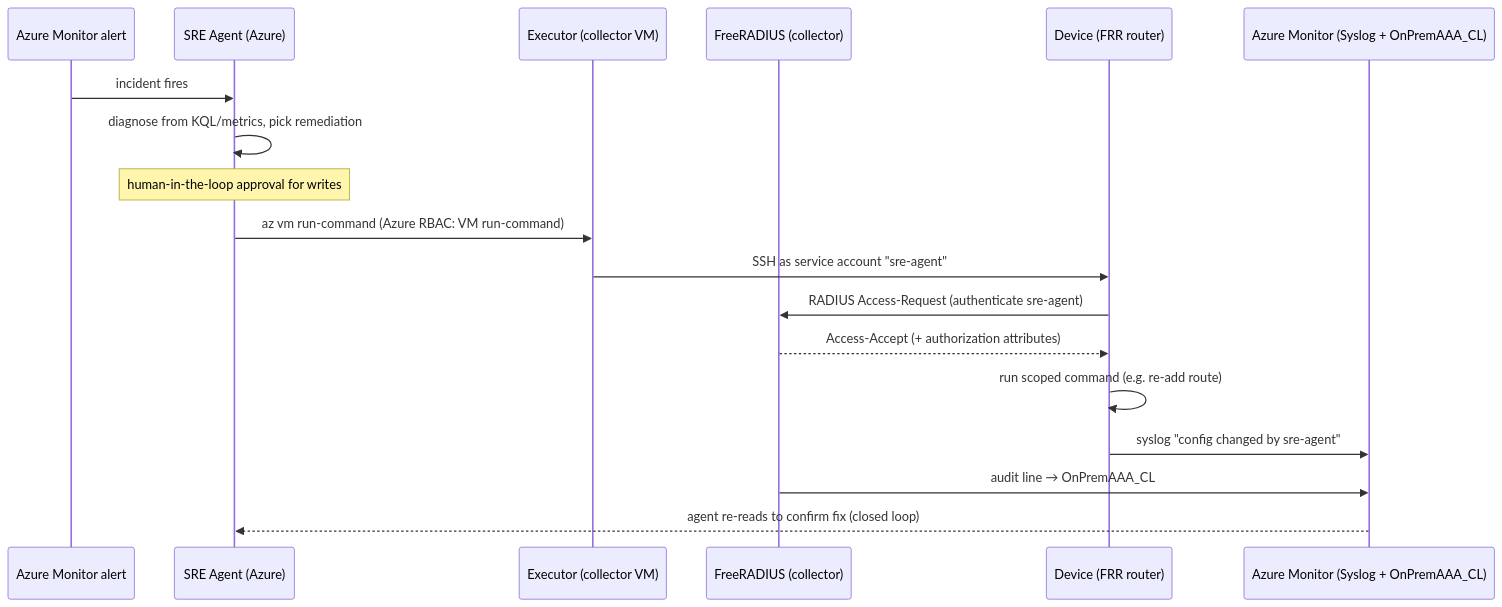
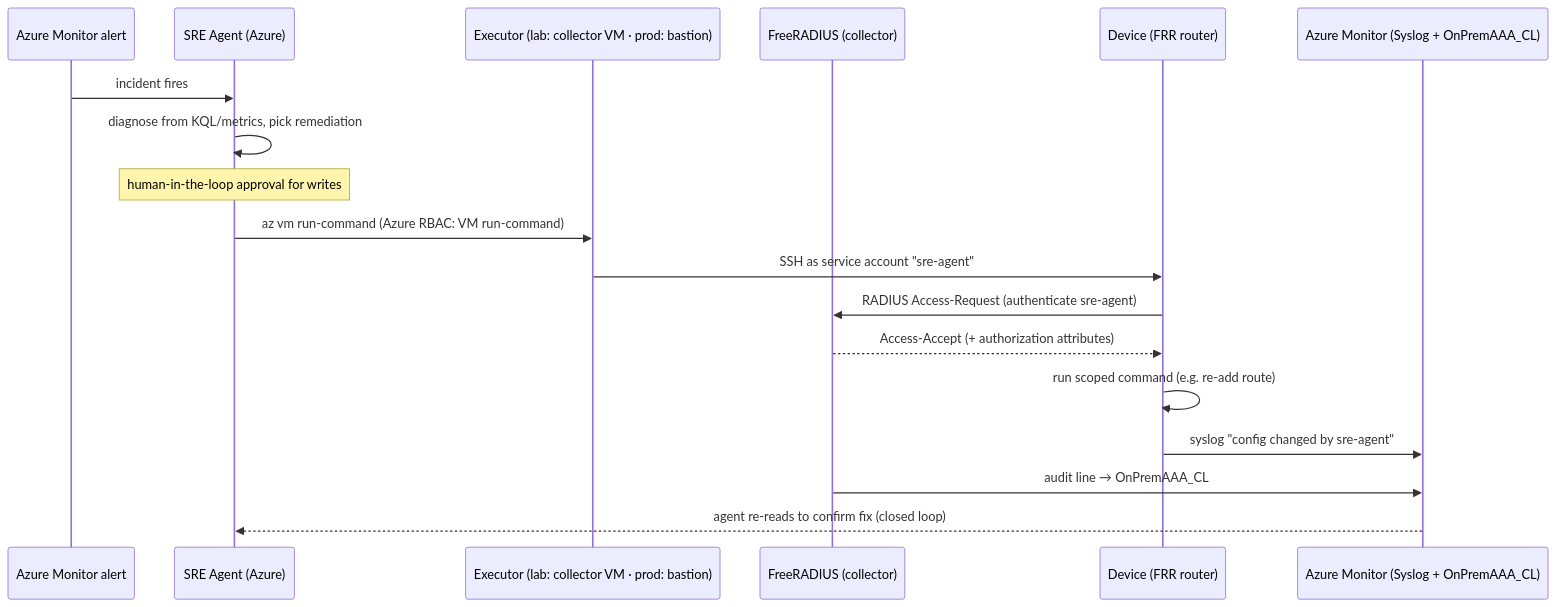
Before and after one commit to erjosito/networking-sre-agent: the eighth of 9 diagrams in docs/onprem-telemetry-pipelines-how-it-works.md, drawn with Mermaid. The commit also changed other lines of this file, not shown here.

First line of the commit message:
Clarify 'executor' and separate lab vs production in actuation (section 8)

````diff
--- a/docs/onprem-telemetry-pipelines-how-it-works.md
+++ b/docs/onprem-telemetry-pipelines-how-it-works.md
@@ -622,21 +654,21 @@
 ```mermaid
 sequenceDiagram
     participant AL as Azure Monitor alert
     participant AG as SRE Agent (Azure)
-    participant EX as Executor (collector VM)
+    participant EX as Executor (lab: collector VM · prod: bastion)
     participant FR as FreeRADIUS (collector)
     participant DEV as Device (FRR router)
     participant OBS as Azure Monitor (Syslog + OnPremAAA_CL)
 
     AL->>AG: incident fires
     AG->>AG: diagnose from KQL/metrics, pick remediation
     Note over AG: human-in-the-loop approval for writes
     AG->>EX: az vm run-command (Azure RBAC: VM run-command)
     EX->>DEV: SSH as service account "sre-agent"
     DEV->>FR: RADIUS Access-Request (authenticate sre-agent)
     FR-->>DEV: Access-Accept (+ authorization attributes)
     DEV->>DEV: run scoped command (e.g. re-add route)
     DEV->>OBS: syslog "config changed by sre-agent"
     FR->>OBS: audit line → OnPremAAA_CL
     OBS-->>AG: agent re-reads to confirm fix (closed loop)
 ```
````
